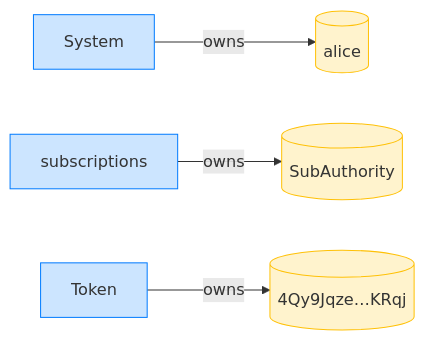
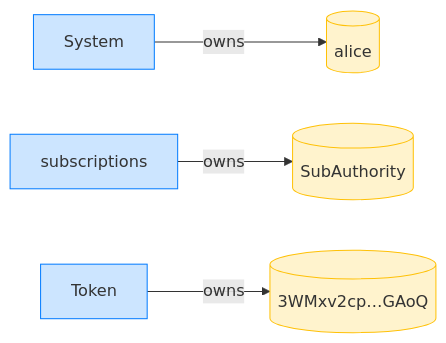
Before and after one commit to cds-rs/subscriptions: the fourth of 12 diagrams in dsl_tests/recurring-transfer-to-a-third-party.md, drawn with Mermaid. The commit also changed other lines of this file and 224 other files, not shown here.

````diff
--- a/dsl_tests/recurring-transfer-to-a-third-party.md
+++ b/dsl_tests/recurring-transfer-to-a-third-party.md
@@ -73,14 +78,14 @@
 ```mermaid
 flowchart LR
     classDef owner fill:#cce5ff,stroke:#007bff;
     classDef account fill:#fff3cd,stroke:#ffc107;
     System[System]:::owner
     alice[(alice)]:::account
     subscriptions[subscriptions]:::owner
     SubAuthority[(SubAuthority)]:::account
     Token[Token]:::owner
-    4Qy9Jqze_KRqj[("4Qy9Jqze…KRqj")]:::account
+    3WMxv2cp_GAoQ[("3WMxv2cp…GAoQ")]:::account
     System -->|owns| alice
     subscriptions -->|owns| SubAuthority
-    Token -->|owns| 4Qy9Jqze_KRqj
+    Token -->|owns| 3WMxv2cp_GAoQ
 ```
````
